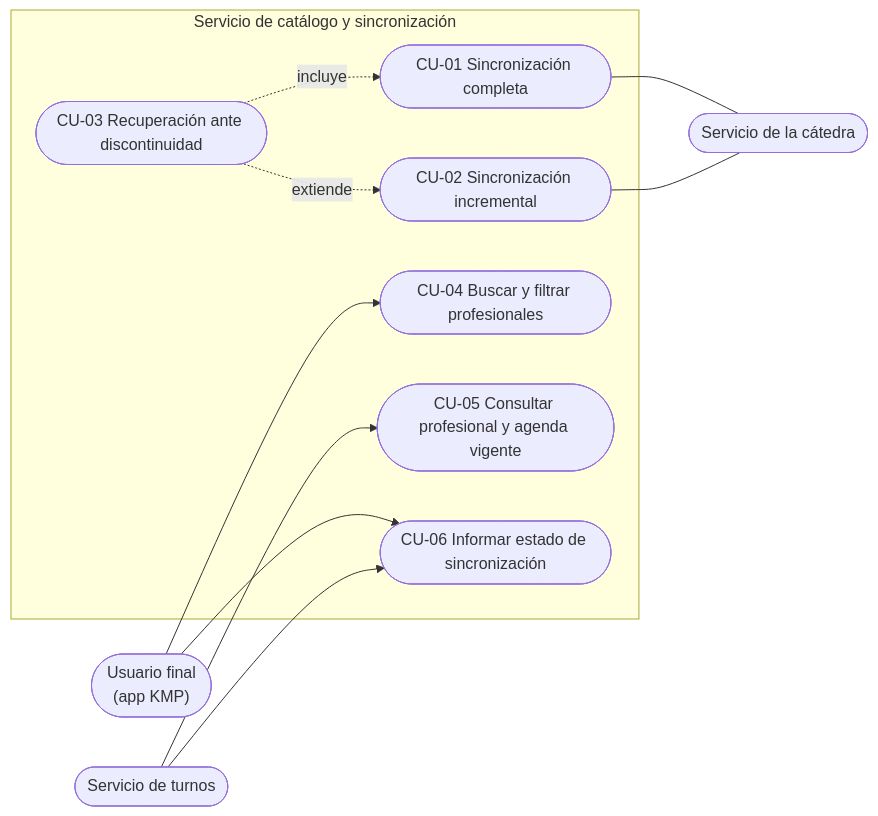
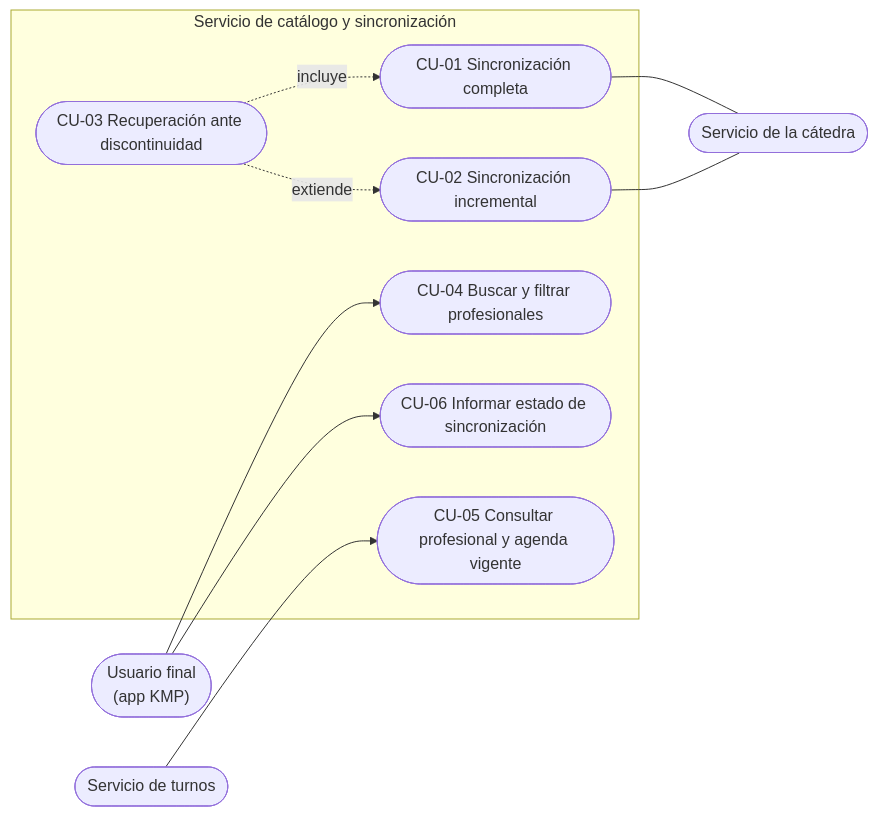
One commit to Tejada-ProgramacionII/catalogo-sincronizacion-service changed the diagram in docs/casos-de-uso/README.md. Above: the diagram before and after it, drawn with Mermaid. The commit also changed other lines of this file and 1 other file, not shown here.

Commit message:
docs(sincronizacion): sacar a turnos como consumidor del estado

````diff
--- a/docs/casos-de-uso/README.md
+++ b/docs/casos-de-uso/README.md
@@ -23,24 +23,23 @@
 ```mermaid
 flowchart LR
     usuario(["Usuario final<br/>(app KMP)"])
     turnos(["Servicio de turnos"])
     catedra(["Servicio de la cátedra"])
 
     subgraph catalogo["Servicio de catálogo y sincronización"]
         cu01(["CU-01 Sincronización completa"])
         cu02(["CU-02 Sincronización incremental"])
         cu03(["CU-03 Recuperación ante discontinuidad"])
         cu04(["CU-04 Buscar y filtrar profesionales"])
         cu05(["CU-05 Consultar profesional y agenda vigente"])
         cu06(["CU-06 Informar estado de sincronización"])
     end
 
     usuario --> cu04
     usuario --> cu06
     turnos --> cu05
-    turnos --> cu06
     cu01 --- catedra
     cu02 --- catedra
     cu03 -.->|incluye| cu01
     cu03 -.->|extiende| cu02
 ```
````
